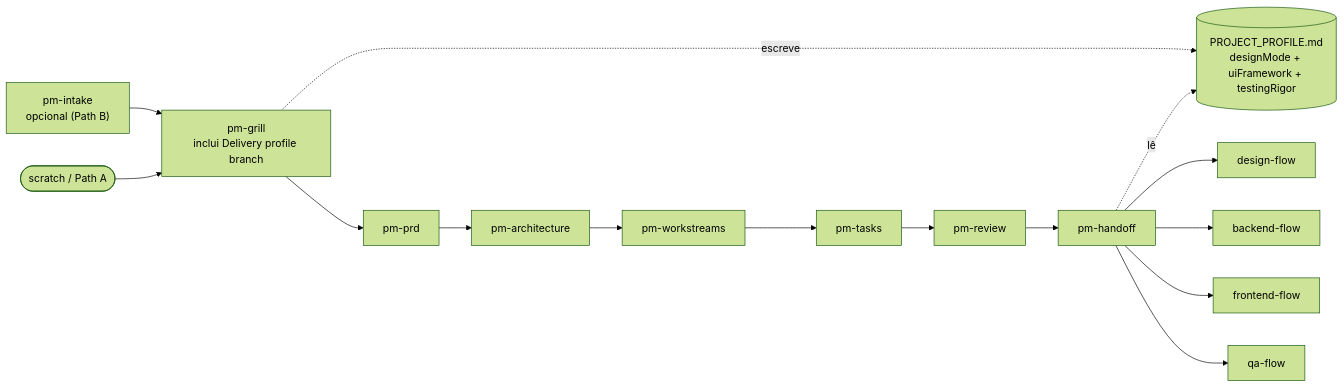
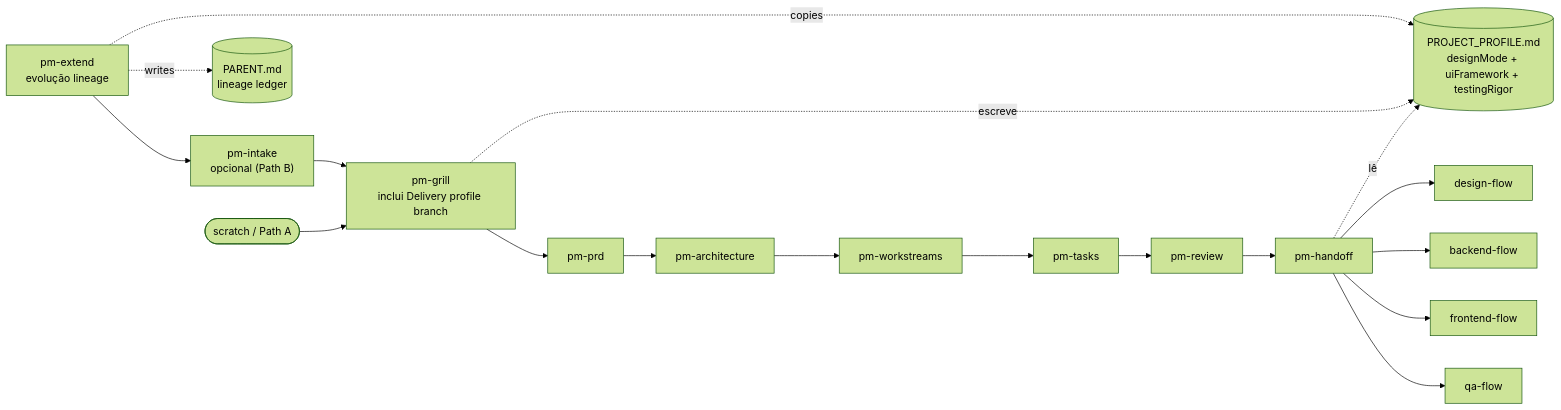
One commit to diegocredidio/project-skills changed the second of 9 diagrams in docs/skills-flow.md. Above: the diagram before and after it, drawn with Mermaid (forest theme). The commit also changed other lines of this file and 1 other file, not shown here.

Commit message:
docs: document pm-extend and lineage-aware evolutions
Bump skill count 43→44, add pm-extend entry point to ASCII flow map,
add "Evolving a feature" section explaining lineage-aware mode, add
PARENT.md to the .pm artifacts table, and wire pm-extend into the PM
flow mermaid in docs/skills-flow.md.

````diff
--- a/docs/skills-flow.md
+++ b/docs/skills-flow.md
@@ -39,17 +39,20 @@
 ```mermaid
 flowchart LR
+    Extend["pm-extend<br/>evolução lineage"] --> Intake
+    Extend -.writes.-> Parent[("PARENT.md<br/>lineage ledger")]
+    Extend -.copies.-> PP
     Intake["pm-intake<br/>opcional (Path B)"] --> Grill["pm-grill<br/>inclui Delivery profile branch"]
     Start([scratch / Path A]) --> Grill
     Grill --> PRD[pm-prd]
     PRD --> Arch[pm-architecture]
     Arch --> WS[pm-workstreams]
     WS --> Tasks[pm-tasks]
     Tasks --> Review[pm-review]
     Review --> Handoff[pm-handoff]
     Grill -.escreve.-> PP[("PROJECT_PROFILE.md<br/>designMode + uiFramework + testingRigor")]
     Handoff -.lê.-> PP
     Handoff --> DesignFlow[design-flow]
     Handoff --> BackendFlow[backend-flow]
     Handoff --> FrontendFlow[frontend-flow]
     Handoff --> QAFlow[qa-flow]
 ```
````
